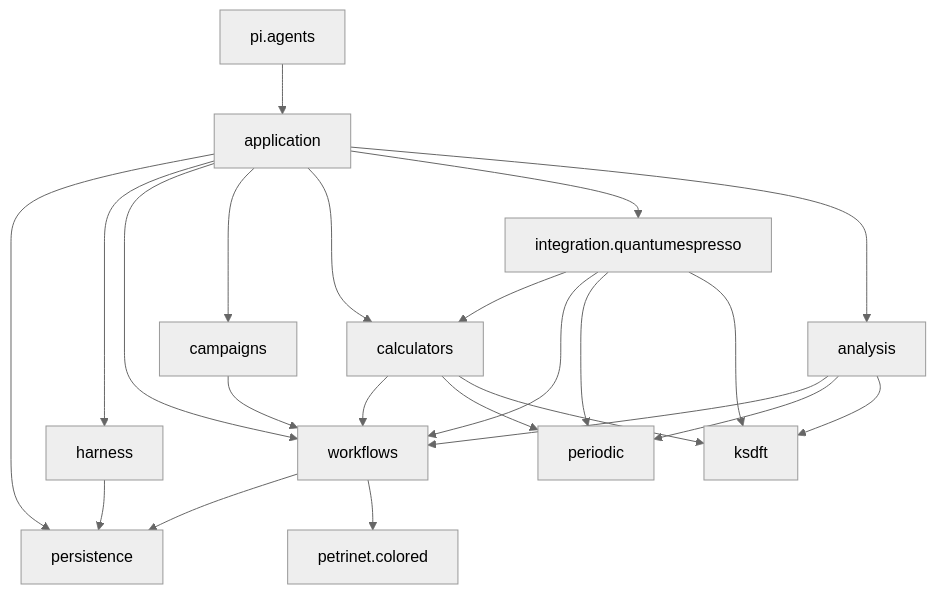
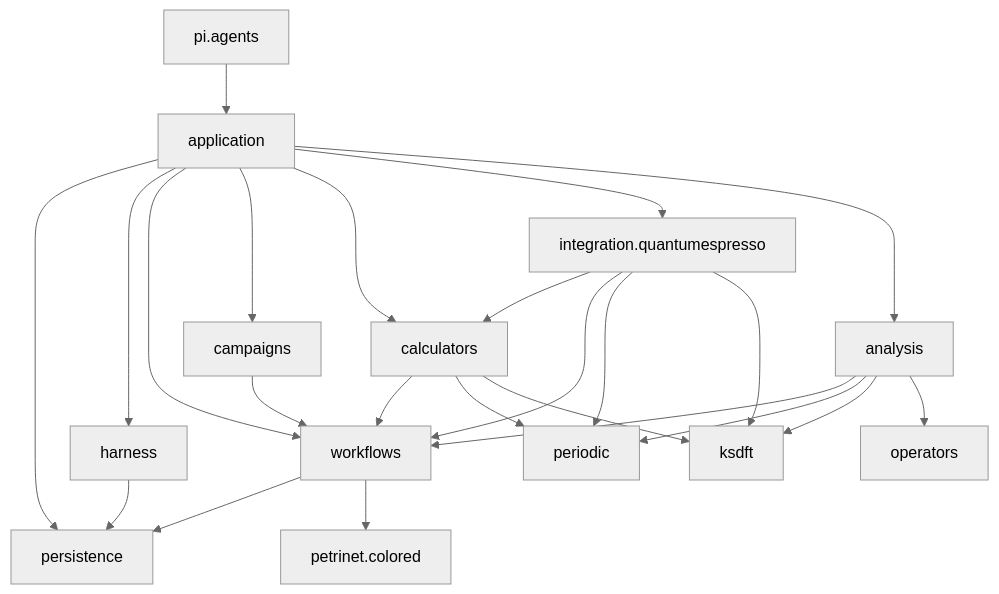
The diagram in docs/architecture/v2/ksdft2effmass/index.md (eragasa/ksdft2effmass), drawn with Mermaid (neutral theme) before and after one commit. The commit also changed other lines of this file and 16 other files, not shown here.

````diff
--- a/docs/architecture/v2/ksdft2effmass/index.md
+++ b/docs/architecture/v2/ksdft2effmass/index.md
@@ -9,38 +9,40 @@
 ```mermaid
 flowchart TB
     app["application"]
     persistence["persistence"]
     harness["harness"]
     workflows["workflows"]
     petrinet["petrinet.colored"]
     campaigns["campaigns"]
     calculators["calculators"]
     integration["integration.quantumespresso"]
     periodic["periodic"]
     ksdft["ksdft"]
+    operators["operators"]
     analysis["analysis"]
     pi_agents["pi.agents"]
 
     pi_agents --> app
     app --> persistence
     app --> harness
     app --> workflows
     app --> campaigns
     app --> calculators
     app --> integration
     app --> analysis
     harness --> persistence
     workflows --> persistence
     workflows --> petrinet
     campaigns --> workflows
     calculators --> workflows
     calculators --> periodic
     calculators --> ksdft
     integration --> calculators
     integration --> workflows
     integration --> periodic
     integration --> ksdft
     analysis --> workflows
     analysis --> periodic
     analysis --> ksdft
+    analysis --> operators
 ```
````
